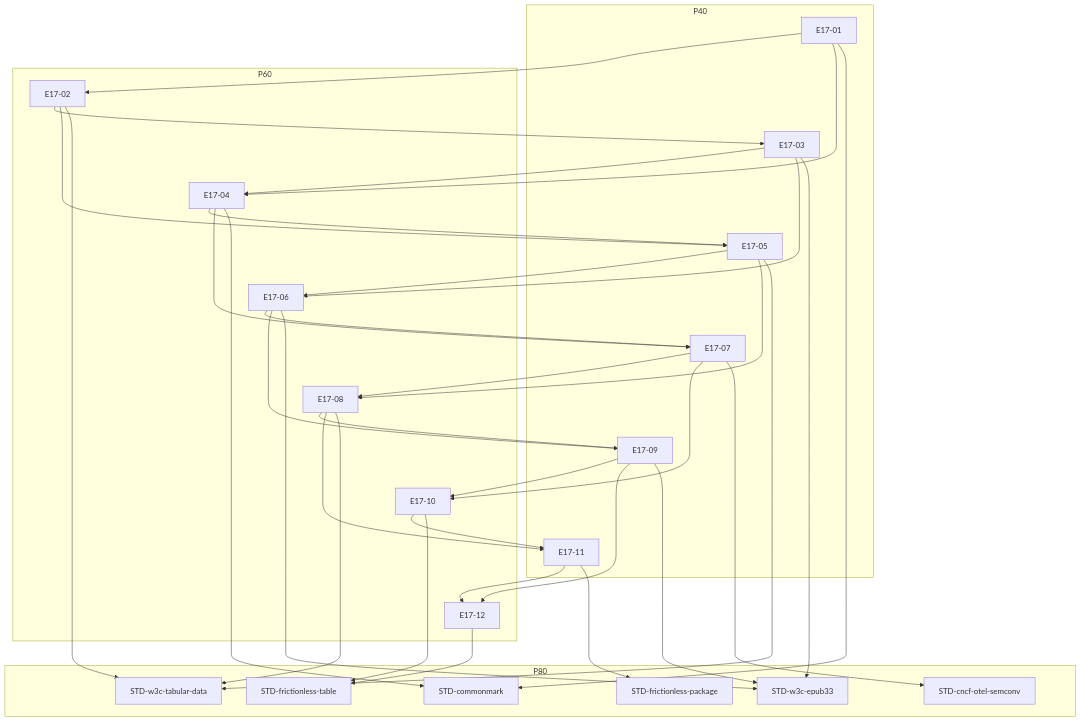
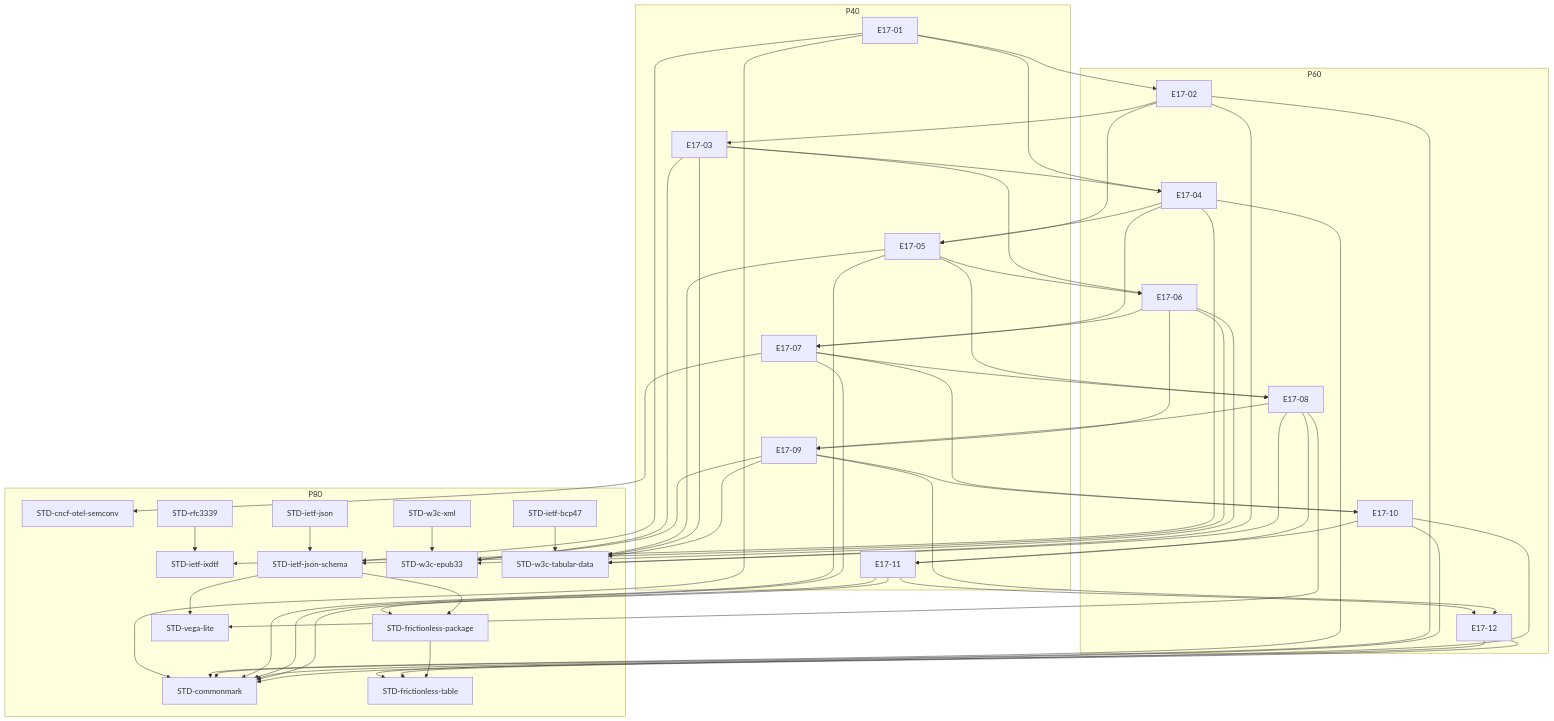
One commit to Monyeah777/NarrativeForge changed the diagram in community/搜索与信息聚合域包/outputs/charts/CONCEPT_DAG.mmd. Above: the diagram before and after it, drawn with Mermaid. The commit also changed 1006 other files, not shown here.

```diff
--- a/community/搜索与信息聚合域包/outputs/charts/CONCEPT_DAG.mmd
+++ b/community/搜索与信息聚合域包/outputs/charts/CONCEPT_DAG.mmd
@@ -1,58 +1,84 @@
 %% 概念前置图（由 community/搜索与信息聚合域包/assets/CONCEPT_GRAPH.md 确定性派生；唯一机读真相在资产 §4 围栏块）
 flowchart TD
   subgraph P40[P40]
     E17-01
     E17-03
     E17-05
     E17-07
     E17-09
     E17-11
   end
   subgraph P60[P60]
     E17-02
     E17-04
     E17-06
     E17-08
     E17-10
     E17-12
   end
   subgraph P80[P80]
     STD-cncf-otel-semconv
     STD-commonmark
     STD-frictionless-package
     STD-frictionless-table
+    STD-ietf-bcp47
+    STD-ietf-ixdtf
+    STD-ietf-json
+    STD-ietf-json-schema
+    STD-rfc3339
+    STD-vega-lite
     STD-w3c-epub33
     STD-w3c-tabular-data
+    STD-w3c-xml
   end
   E17-01 --> E17-02
   E17-02 --> E17-03
   E17-03 --> E17-04
   E17-01 --> E17-04
   E17-04 --> E17-05
   E17-02 --> E17-05
   E17-05 --> E17-06
   E17-03 --> E17-06
   E17-06 --> E17-07
   E17-04 --> E17-07
   E17-07 --> E17-08
   E17-05 --> E17-08
   E17-08 --> E17-09
   E17-06 --> E17-09
   E17-09 --> E17-10
   E17-07 --> E17-10
   E17-10 --> E17-11
   E17-08 --> E17-11
   E17-11 --> E17-12
   E17-09 --> E17-12
   E17-07 --> STD-cncf-otel-semconv
   E17-01 --> STD-commonmark
   E17-04 --> STD-commonmark
+  E17-02 --> STD-commonmark
+  E17-05 --> STD-commonmark
+  E17-07 --> STD-commonmark
+  E17-10 --> STD-commonmark
+  E17-11 --> STD-commonmark
+  E17-12 --> STD-commonmark
   E17-11 --> STD-frictionless-package
+  STD-ietf-json-schema --> STD-frictionless-package
   E17-10 --> STD-frictionless-table
   E17-12 --> STD-frictionless-table
+  STD-frictionless-package --> STD-frictionless-table
+  E17-04 --> STD-ietf-ixdtf
+  STD-rfc3339 --> STD-ietf-ixdtf
+  E17-01 --> STD-ietf-json-schema
+  E17-06 --> STD-ietf-json-schema
+  STD-ietf-json --> STD-ietf-json-schema
+  E17-08 --> STD-vega-lite
+  STD-ietf-json-schema --> STD-vega-lite
   E17-03 --> STD-w3c-epub33
   E17-06 --> STD-w3c-epub33
   E17-09 --> STD-w3c-epub33
+  STD-w3c-xml --> STD-w3c-epub33
   E17-02 --> STD-w3c-tabular-data
   E17-05 --> STD-w3c-tabular-data
   E17-08 --> STD-w3c-tabular-data
+  E17-03 --> STD-w3c-tabular-data
+  E17-09 --> STD-w3c-tabular-data
+  STD-ietf-bcp47 --> STD-w3c-tabular-data
```
